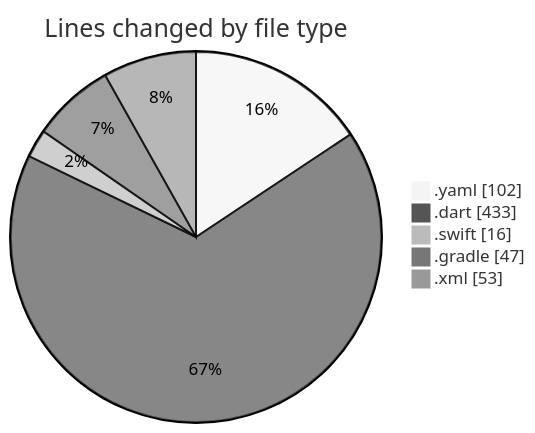
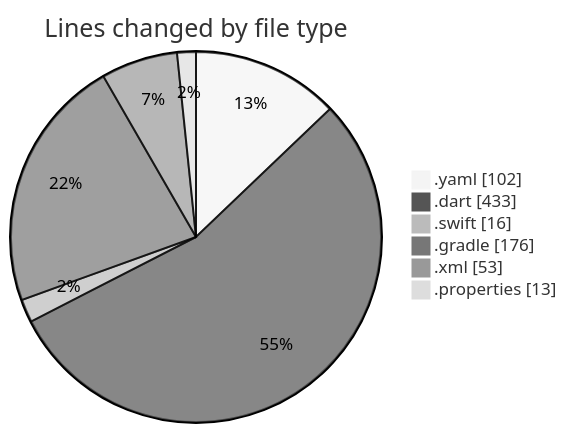
The first of 2 diagrams in 2025-02-04/maps_clone/README.md (donsfak/code-tracking), drawn with Mermaid (neutral theme) before and after one commit. The commit also changed other lines of this file and 1 other file, not shown here.

````diff
--- a/2025-02-04/maps_clone/README.md
+++ b/2025-02-04/maps_clone/README.md
@@ -25,9 +28,10 @@
 ```mermaid
 pie showData
 title Lines changed by file type
 ".yaml" : 102
 ".dart" : 433
 ".swift" : 16
-".gradle" : 47
+".gradle" : 176
 ".xml" : 53
+".properties" : 13
 ```
````
